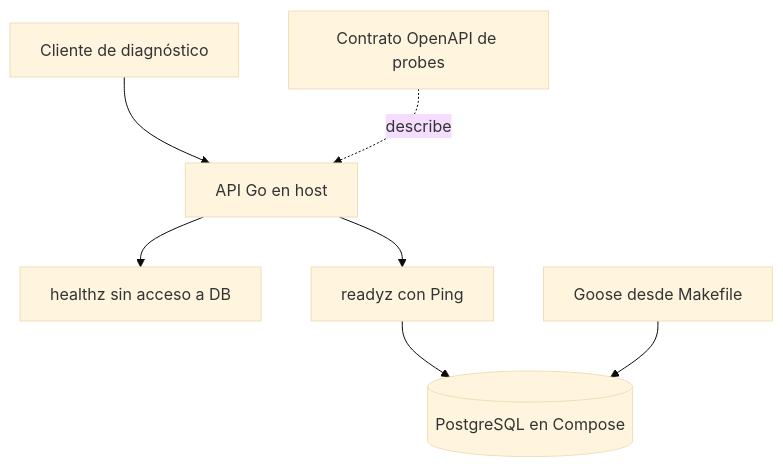
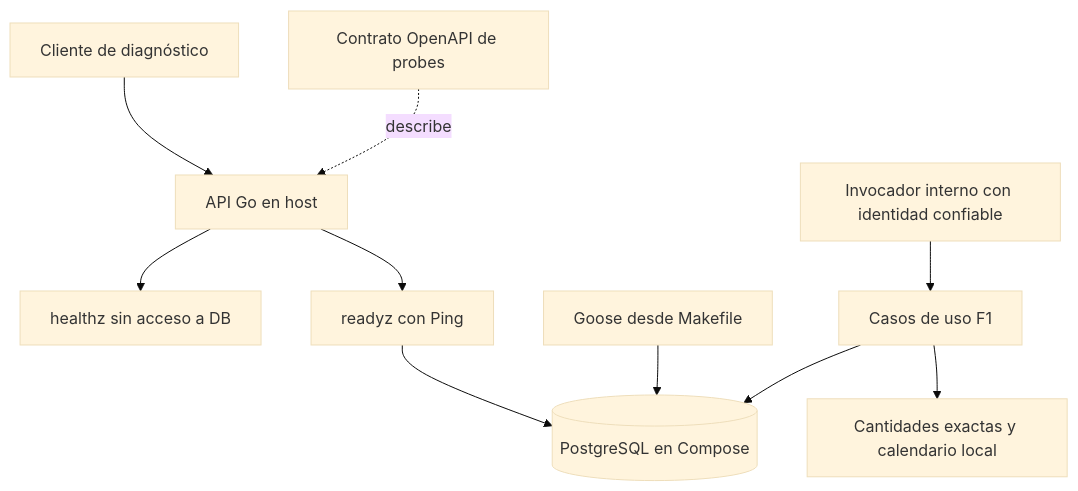
One commit to Nandem1/nndsk-medication-tracker changed the diagram in docs/00-home.md. Above: the diagram before and after it, drawn with Mermaid (base theme). The commit also changed other lines of this file and 13 other files, not shown here.

````diff
--- a/docs/00-home.md
+++ b/docs/00-home.md
@@ -5,9 +5,12 @@
 ```mermaid
 flowchart TB
     Probe[Cliente de diagnóstico] --> API[API Go en host]
     API --> Health[healthz sin acceso a DB]
     API --> Ready[readyz con Ping]
     Ready --> DB[(PostgreSQL en Compose)]
     Goose[Goose desde Makefile] --> DB
     Contract[Contrato OpenAPI de probes] -. describe .-> API
+    Caller[Invocador interno con identidad confiable] --> UseCases[Casos de uso F1]
+    UseCases --> Domain[Cantidades exactas y calendario local]
+    UseCases --> DB
 ```
````
